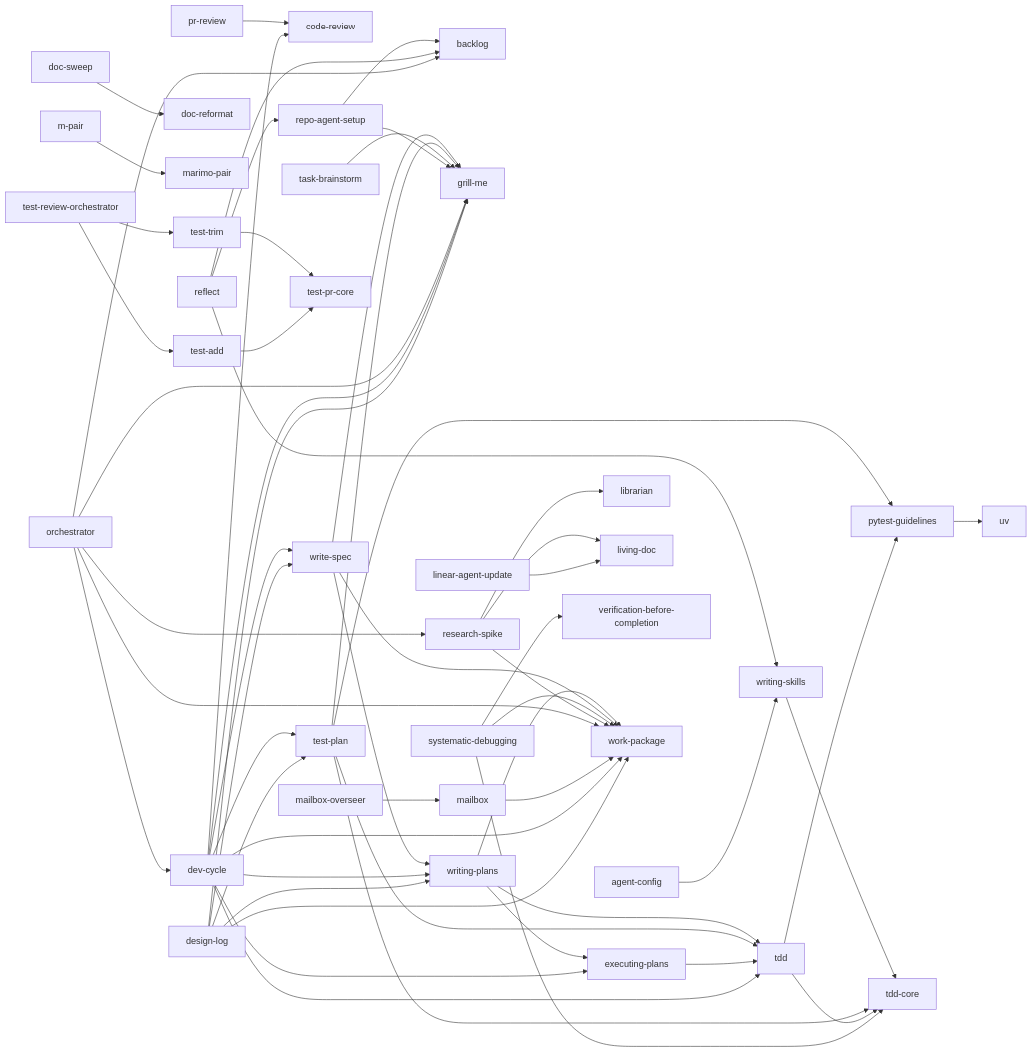
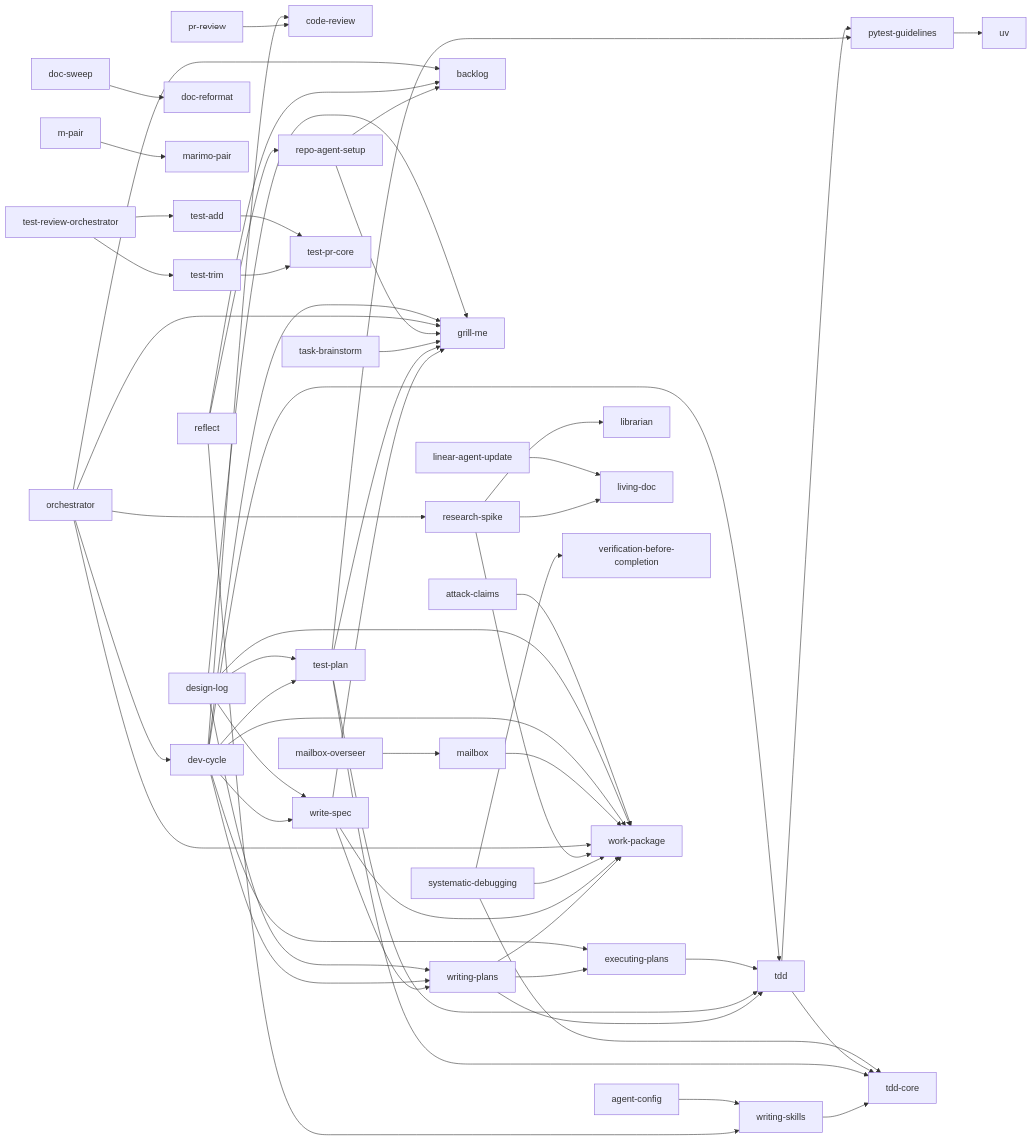
Before and after one commit to Haydeni0/agent-config: the diagram in README.md, drawn with Mermaid. The commit also changed other lines of this file and 5 other files, not shown here.

Commit message:
feat(skills): attack-claims skill, work-package row, REQ-SKILLS-19

````diff
--- a/README.md
+++ b/README.md
@@ -145,6 +146,7 @@
 ```mermaid
 flowchart LR
     agent_config[agent-config]
+    attack_claims[attack-claims]
     backlog[backlog]
     %% caveman[caveman]
     %% caveman_commit[caveman-commit]
@@ -210,6 +212,7 @@
     writing_skills[writing-skills]
     %% wt_switch_create[wt-switch-create]
     agent_config --> writing_skills
+    attack_claims --> work_package
     design_log --> grill_me
     design_log --> test_plan
     design_log --> write_spec
````
